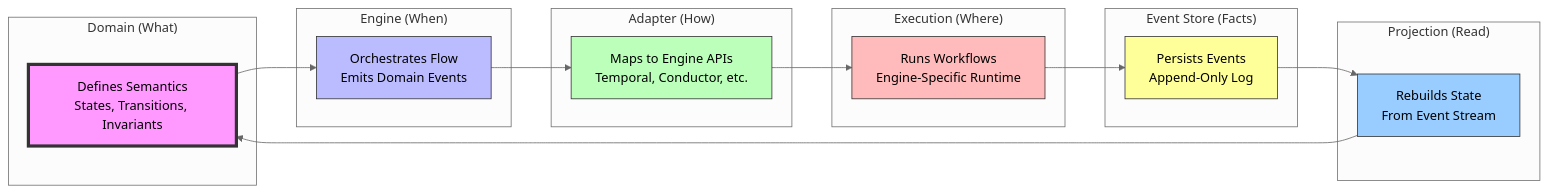
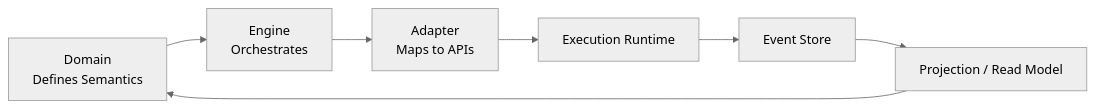
The second of 2 diagrams in docs/adr/ADR-0003-execution-model.md (dunay2/dvt), drawn with Mermaid (neutral theme) before and after one commit. The commit also changed other lines of this file and 12 other files, not shown here.

````diff
--- a/docs/adr/ADR-0003-execution-model.md
+++ b/docs/adr/ADR-0003-execution-model.md
@@ -162,35 +137,11 @@
 ```mermaid
 graph LR
-    subgraph "Domain (What)"
-        A[Defines Semantics<br/>States, Transitions, Invariants]
-    end
-
-    subgraph "Engine (When)"
-        B[Orchestrates Flow<br/>Emits Domain Events]
-    end
-
-    subgraph "Adapter (How)"
-        C[Maps to Engine APIs<br/>Temporal, Conductor, etc.]
-    end
-
-    subgraph "Execution (Where)"
-        D[Runs Workflows<br/>Engine-Specific Runtime]
-    end
-
-    subgraph "Event Store (Facts)"
-        E[Persists Events<br/>Append-Only Log]
-    end
-
-    subgraph "Projection (Read)"
-        F[Rebuilds State<br/>From Event Stream]
-    end
+    A[Domain<br/>Defines Semantics]
+    B[Engine<br/>Orchestrates]
+    C[Adapter<br/>Maps to APIs]
+    D[Execution Runtime]
+    E[Event Store]
+    F[Projection / Read Model]
 
     A --> B --> C --> D --> E --> F --> A
-
-    style A fill:#f9f,stroke:#333,stroke-width:4px
-    style B fill:#bbf,stroke:#333
-    style C fill:#bfb,stroke:#333
-    style D fill:#fbb,stroke:#333
-    style E fill:#ff9,stroke:#333
-    style F fill:#9cf,stroke:#333
 ```
````
